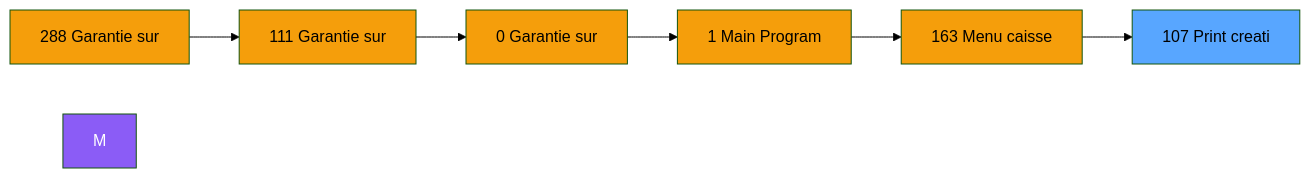
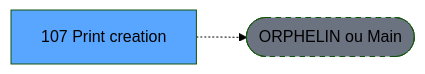
Before and after one commit to thonyAGP/lecteur-magic: the second of 3 diagrams in .openspec/renders/ADH-IDE-107.md, drawn with Mermaid (forest theme). The commit also changed other lines of this file and 701 other files, not shown here.

````diff
--- a/.openspec/renders/ADH-IDE-107.md
+++ b/.openspec/renders/ADH-IDE-107.md
@@ -122,21 +123,8 @@
 ```mermaid
 graph LR
-    N288[288 Garantie sur]
-    N111[111 Garantie sur]
-    N0[0 Garantie sur]
-    N1[1 Main Program]
-    N163[163 Menu caisse ]
-    T[107 Print creati]
-    N288 --> N111
-    N111 --> N0
-    N0 --> N1
-    N1 --> N163
-    N163 --> T
-    style M fill:#8b5cf6,color:#fff
-    style N288 fill:#f59e0b
-    style N111 fill:#f59e0b
-    style N0 fill:#f59e0b
-    style N1 fill:#f59e0b
-    style N163 fill:#f59e0b
+    T[107 Print creation ]
+    ORPHAN([ORPHELIN ou Main])
+    T -.-> ORPHAN
     style T fill:#58a6ff,color:#000
+    style ORPHAN fill:#6b7280,stroke-dasharray: 5 5
 ```
````
